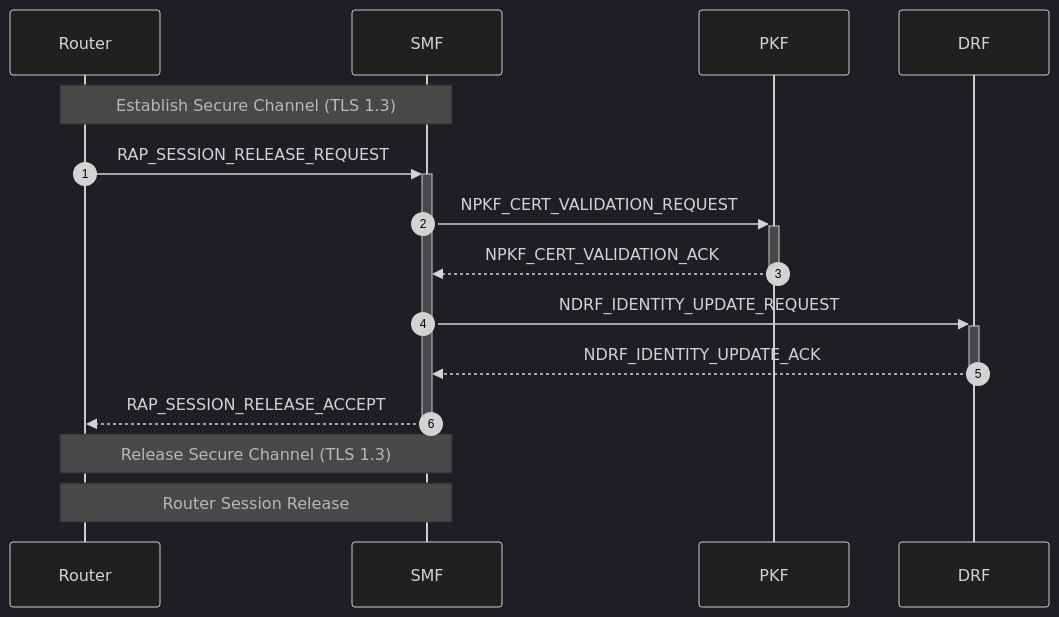
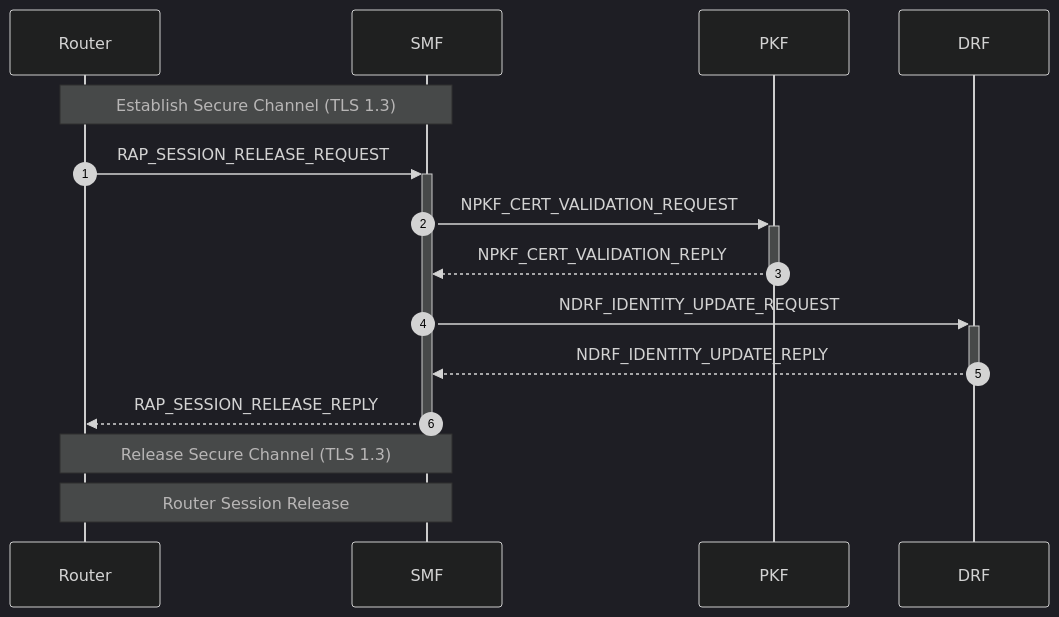
The tenth of 21 diagrams in doc/doc-spec/00-series-general/00.002-procedure.md (veil-link/veilink), drawn with Mermaid (dark theme) before and after one commit. The commit also changed other lines of this file and 1 other file, not shown here.

````diff
--- a/doc/doc-spec/00-series-general/00.002-procedure.md
+++ b/doc/doc-spec/00-series-general/00.002-procedure.md
@@ -223,19 +226,19 @@
 ```mermaid
 sequenceDiagram
     autonumber
 
     participant rt as Router
     participant smf as SMF
     participant pkf as PKF
     participant drf as DRF
 
     Note over rt, smf: Establish Secure Channel (TLS 1.3)
     rt ->>+ smf: RAP_SESSION_RELEASE_REQUEST
     smf ->>+ pkf: NPKF_CERT_VALIDATION_REQUEST
-    pkf -->>- smf: NPKF_CERT_VALIDATION_ACK
+    pkf -->>- smf: NPKF_CERT_VALIDATION_REPLY
     smf ->>+ drf: NDRF_IDENTITY_UPDATE_REQUEST
-    drf -->>- smf: NDRF_IDENTITY_UPDATE_ACK
-    smf -->>- rt: RAP_SESSION_RELEASE_ACCEPT
+    drf -->>- smf: NDRF_IDENTITY_UPDATE_REPLY
+    smf -->>- rt: RAP_SESSION_RELEASE_REPLY
     Note over rt, smf: Release Secure Channel (TLS 1.3)
     Note over rt, smf: Router Session Release
 ```
````
